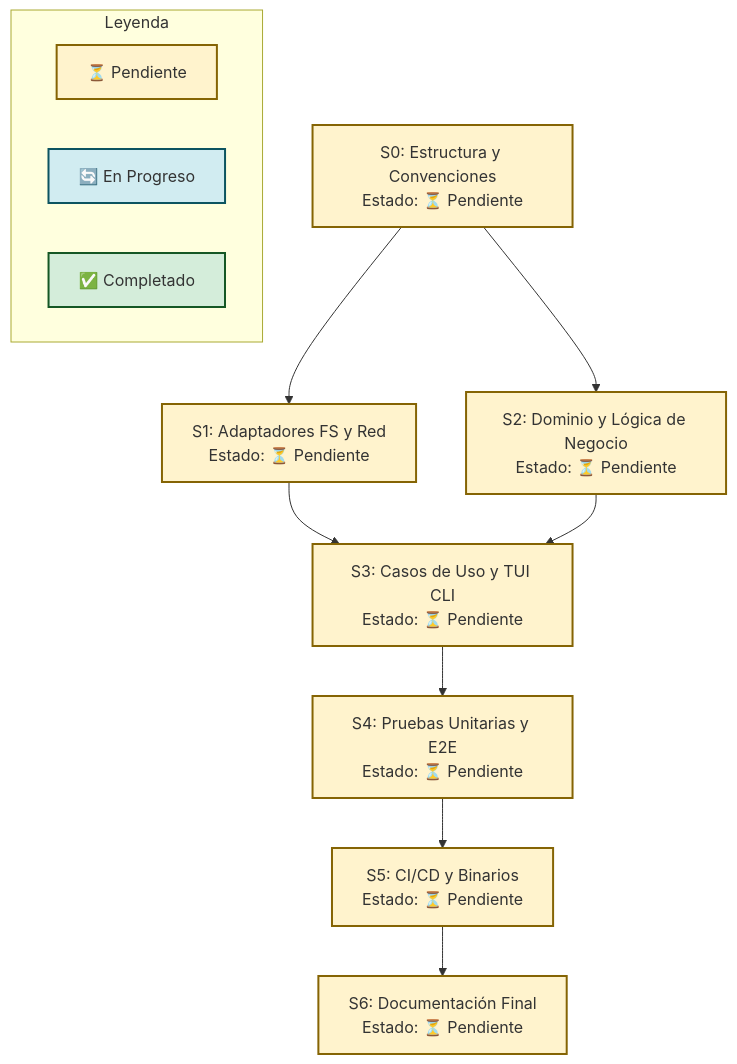
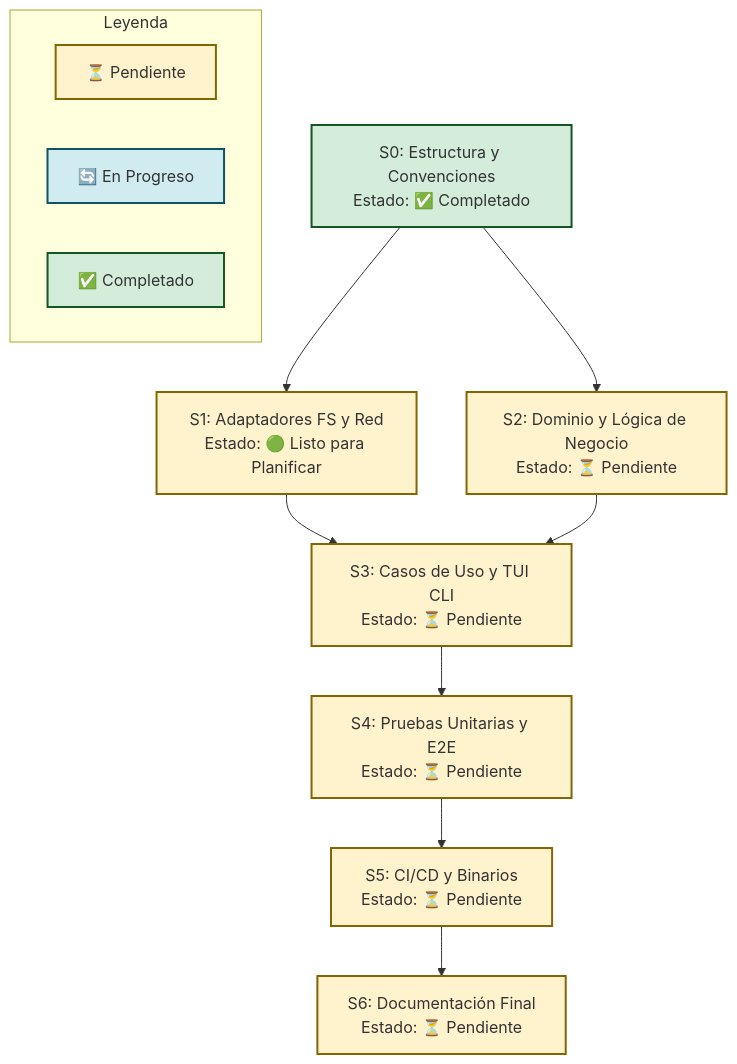
One commit to Fisherk2/codice-opencode changed the diagram in docs/WORKFLOW.md. Above: the diagram before and after it, drawn with Mermaid. The commit also changed other lines of this file and 9 other files, not shown here.

````diff
--- a/docs/WORKFLOW.md
+++ b/docs/WORKFLOW.md
@@ -75,32 +82,32 @@
 ```mermaid
 graph TD
     %% Definición de estilos
     classDef pending fill:#fff3cd,stroke:#856404,stroke-width:2px;
     classDef progress fill:#d1ecf1,stroke:#0c5460,stroke-width:2px;
     classDef done fill:#d4edda,stroke:#155724,stroke-width:2px;
 
     %% Nodos del grafo
-    S0[S0: Estructura y Convenciones<br/>Estado: ⏳ Pendiente]:::pending
-    S1[S1: Adaptadores FS y Red<br/>Estado: ⏳ Pendiente]:::pending
+    S0[S0: Estructura y Convenciones<br/>Estado: ✅ Completado]:::done
+    S1[S1: Adaptadores FS y Red<br/>Estado: 🟢 Listo para Planificar]:::pending
     S2[S2: Dominio y Lógica de Negocio<br/>Estado: ⏳ Pendiente]:::pending
     S3[S3: Casos de Uso y TUI CLI<br/>Estado: ⏳ Pendiente]:::pending
     S4[S4: Pruebas Unitarias y E2E<br/>Estado: ⏳ Pendiente]:::pending
     S5[S5: CI/CD y Binarios<br/>Estado: ⏳ Pendiente]:::pending
     S6[S6: Documentación Final<br/>Estado: ⏳ Pendiente]:::pending
 
     %% Flechas de dependencia (Grafo Dirigido Acíclico)
     S0 --> S1
     S0 --> S2
     S1 --> S3
     S2 --> S3
     S3 --> S4
     S4 --> S5
     S5 --> S6
 
     %% Leyenda
     subgraph Leyenda
         L1[⏳ Pendiente]:::pending
         L2[🔄 En Progreso]:::progress
         L3[✅ Completado]:::done
     end
 ```
````
